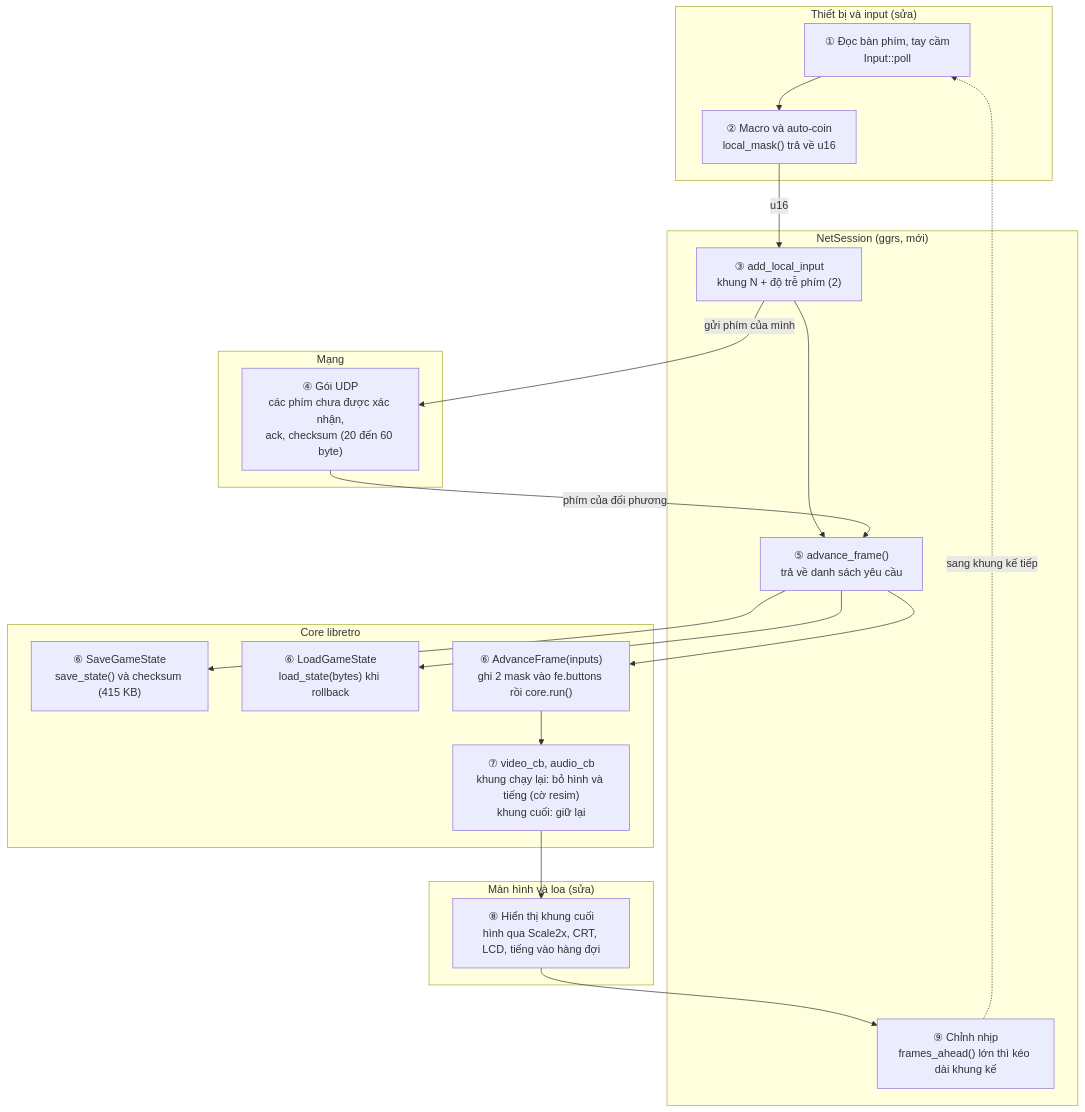
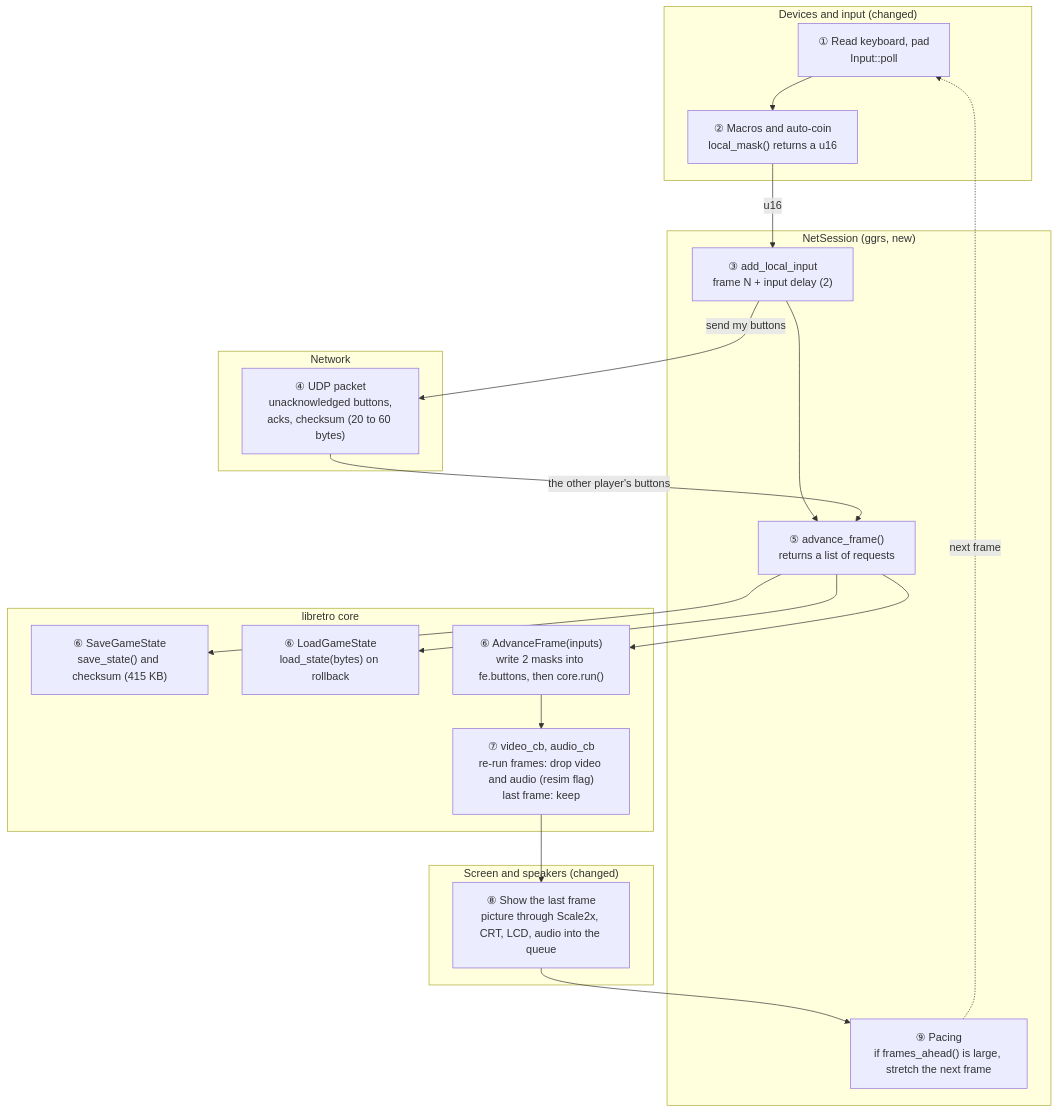
Before and after one commit to vunguyenvu35/vuretro: the fifth of 9 diagrams in docs/NETPLAY.md, drawn with Mermaid. The commit also changed other lines of this file, not shown here.

````diff
--- a/docs/NETPLAY.md
+++ b/docs/NETPLAY.md
@@ -220,37 +220,37 @@
 ```mermaid
 flowchart TD
-  subgraph DEV["Thiết bị và input (sửa)"]
-    A1["① Đọc bàn phím, tay cầm<br/>Input::poll"]
-    A2["② Macro và auto-coin<br/>local_mask() trả về u16"]
+  subgraph DEV["Devices and input (changed)"]
+    A1["① Read keyboard, pad<br/>Input::poll"]
+    A2["② Macros and auto-coin<br/>local_mask() returns a u16"]
     A1 --> A2
   end
-  subgraph NS["NetSession (ggrs, mới)"]
-    B3["③ add_local_input<br/>khung N + độ trễ phím (2)"]
-    B5["⑤ advance_frame()<br/>trả về danh sách yêu cầu"]
-    B9["⑨ Chỉnh nhịp<br/>frames_ahead() lớn thì kéo dài khung kế"]
+  subgraph NS["NetSession (ggrs, new)"]
+    B3["③ add_local_input<br/>frame N + input delay (2)"]
+    B5["⑤ advance_frame()<br/>returns a list of requests"]
+    B9["⑨ Pacing<br/>if frames_ahead() is large, stretch the next frame"]
     B3 --> B5
   end
-  subgraph NET["Mạng"]
-    N4["④ Gói UDP<br/>các phím chưa được xác nhận,<br/>ack, checksum (20 đến 60 byte)"]
+  subgraph NET["Network"]
+    N4["④ UDP packet<br/>unacknowledged buttons,<br/>acks, checksum (20 to 60 bytes)"]
   end
-  subgraph CORE["Core libretro"]
-    C6a["⑥ SaveGameState<br/>save_state() và checksum (415 KB)"]
-    C6b["⑥ LoadGameState<br/>load_state(bytes) khi rollback"]
-    C6c["⑥ AdvanceFrame(inputs)<br/>ghi 2 mask vào fe.buttons rồi core.run()"]
-    C7["⑦ video_cb, audio_cb<br/>khung chạy lại: bỏ hình và tiếng (cờ resim)<br/>khung cuối: giữ lại"]
+  subgraph CORE["libretro core"]
+    C6a["⑥ SaveGameState<br/>save_state() and checksum (415 KB)"]
+    C6b["⑥ LoadGameState<br/>load_state(bytes) on rollback"]
+    C6c["⑥ AdvanceFrame(inputs)<br/>write 2 masks into fe.buttons, then core.run()"]
+    C7["⑦ video_cb, audio_cb<br/>re-run frames: drop video and audio (resim flag)<br/>last frame: keep"]
     C6c --> C7
   end
-  subgraph OUT["Màn hình và loa (sửa)"]
-    D8["⑧ Hiển thị khung cuối<br/>hình qua Scale2x, CRT, LCD, tiếng vào hàng đợi"]
+  subgraph OUT["Screen and speakers (changed)"]
+    D8["⑧ Show the last frame<br/>picture through Scale2x, CRT, LCD, audio into the queue"]
   end
 
   A2 -->|"u16"| B3
-  B3 -->|"gửi phím của mình"| N4
-  N4 -->|"phím của đối phương"| B5
+  B3 -->|"send my buttons"| N4
+  N4 -->|"the other player's buttons"| B5
   B5 --> C6a
   B5 --> C6b
   B5 --> C6c
   C7 --> D8
   D8 --> B9
-  B9 -.->|"sang khung kế tiếp"| A1
+  B9 -.->|"next frame"| A1
 ```
````
